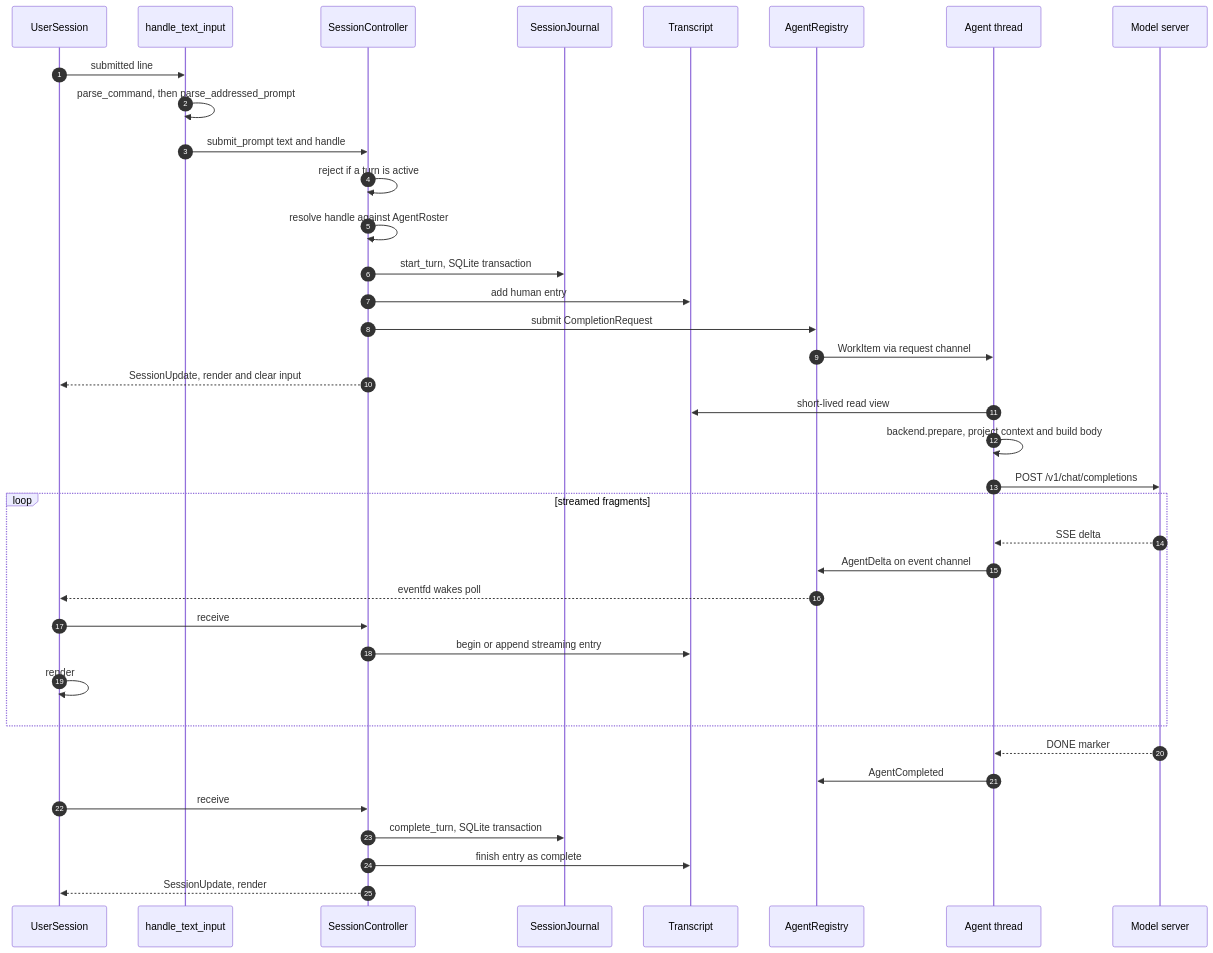
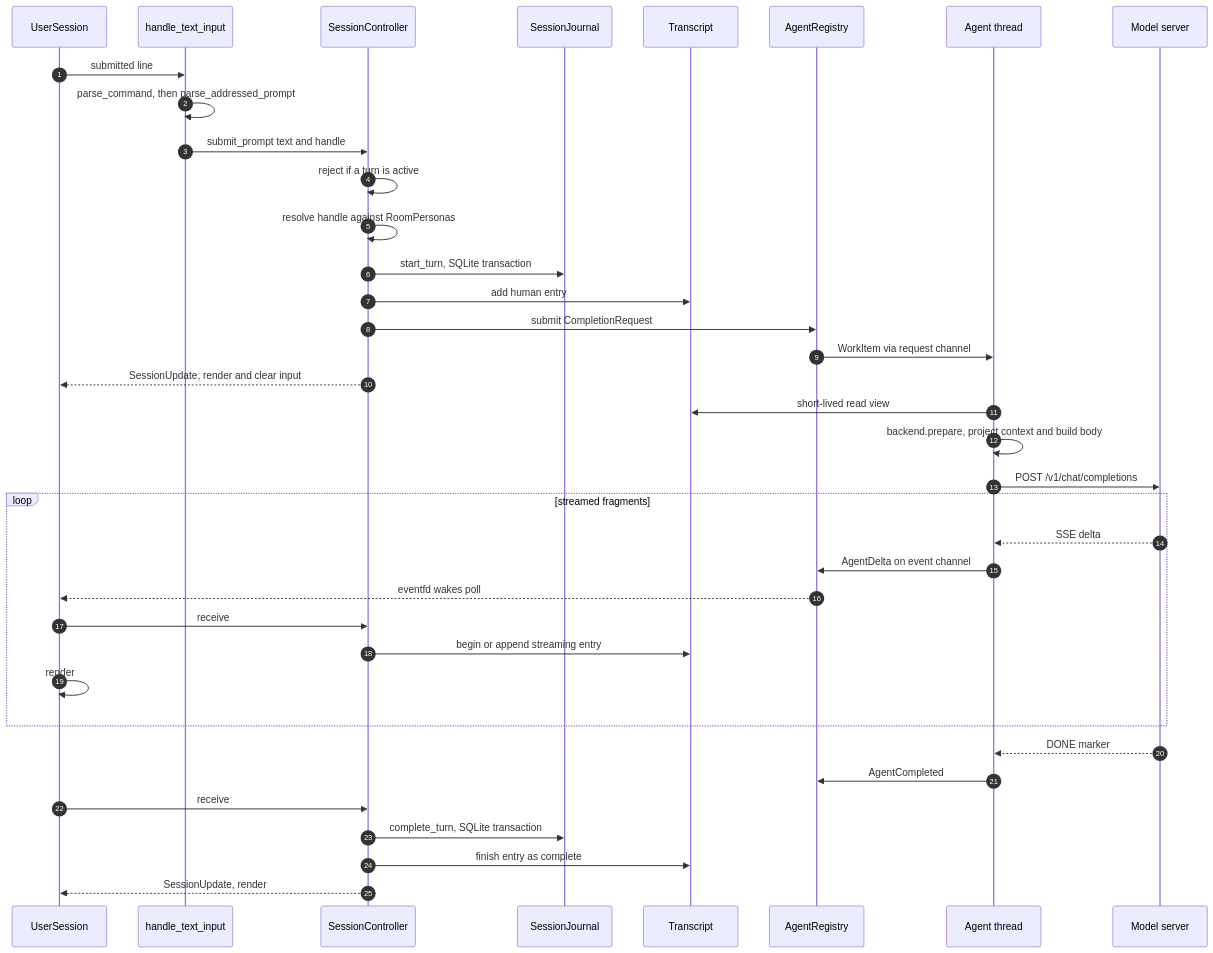
One commit to michaelpopov/cha changed the third of 4 diagrams in src/README.md. Above: the diagram before and after it, drawn with Mermaid. The commit also changed other lines of this file and 39 other files, not shown here.

````diff
--- a/src/README.md
+++ b/src/README.md
@@ -196,41 +196,41 @@
 ```mermaid
 sequenceDiagram
     autonumber
     participant U as UserSession
     participant T as handle_text_input
     participant C as SessionController
     participant J as SessionJournal
     participant V as Transcript
     participant G as AgentRegistry
     participant W as Agent thread
     participant P as Model server
 
     U->>T: submitted line
     T->>T: parse_command, then parse_addressed_prompt
     T->>C: submit_prompt text and handle
     C->>C: reject if a turn is active
-    C->>C: resolve handle against AgentRoster
+    C->>C: resolve handle against RoomPersonas
     C->>J: start_turn, SQLite transaction
     C->>V: add human entry
     C->>G: submit CompletionRequest
     G->>W: WorkItem via request channel
     C-->>U: SessionUpdate, render and clear input
 
     W->>V: short-lived read view
     W->>W: backend.prepare, project context and build body
     W->>P: POST /v1/chat/completions
     loop streamed fragments
         P-->>W: SSE delta
         W->>G: AgentDelta on event channel
         G-->>U: eventfd wakes poll
         U->>C: receive
         C->>V: begin or append streaming entry
         U->>U: render
     end
     P-->>W: DONE marker
     W->>G: AgentCompleted
     U->>C: receive
     C->>J: complete_turn, SQLite transaction
     C->>V: finish entry as complete
     C-->>U: SessionUpdate, render
 ```
````
